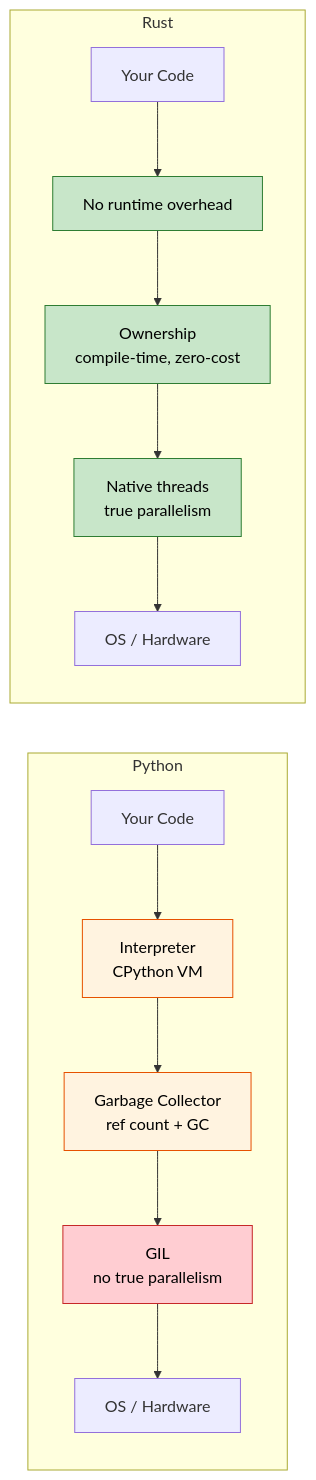
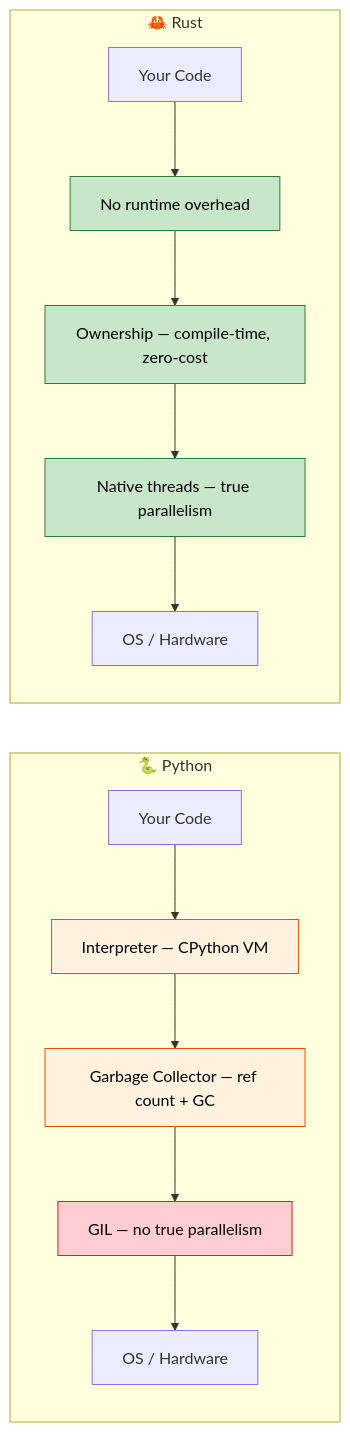
The diagram in python-book/src/en/ch01-introduction-and-motivation.md (veegn/rust-training-zh), drawn with Mermaid before and after one commit. The commit also changed other lines of this file and 354 other files, not shown here.

````diff
--- a/python-book/src/en/ch01-introduction-and-motivation.md
+++ b/python-book/src/en/ch01-introduction-and-motivation.md
@@ -387,25 +397,25 @@
 ```mermaid
 graph LR
-    subgraph PY["Python"]
+    subgraph PY["🐍 Python"]
         direction TB
-        PY_CODE["Your Code"] --> PY_INTERP["Interpreter<br/>CPython VM"]
-        PY_INTERP --> PY_GC["Garbage Collector<br/>ref count + GC"]
-        PY_GC --> PY_GIL["GIL<br/>no true parallelism"]
+        PY_CODE["Your Code"] --> PY_INTERP["Interpreter — CPython VM"]
+        PY_INTERP --> PY_GC["Garbage Collector — ref count + GC"]
+        PY_GC --> PY_GIL["GIL — no true parallelism"]
         PY_GIL --> PY_OS["OS / Hardware"]
     end
 
-    subgraph RS["Rust"]
+    subgraph RS["🦀 Rust"]
         direction TB
         RS_CODE["Your Code"] --> RS_NONE["No runtime overhead"]
-        RS_NONE --> RS_OWN["Ownership<br/>compile-time, zero-cost"]
-        RS_OWN --> RS_THR["Native threads<br/>true parallelism"]
+        RS_NONE --> RS_OWN["Ownership — compile-time, zero-cost"]
+        RS_OWN --> RS_THR["Native threads — true parallelism"]
         RS_THR --> RS_OS["OS / Hardware"]
     end
 
     style PY_INTERP fill:#fff3e0,color:#000,stroke:#e65100
     style PY_GC fill:#fff3e0,color:#000,stroke:#e65100
     style PY_GIL fill:#ffcdd2,color:#000,stroke:#c62828
     style RS_NONE fill:#c8e6c9,color:#000,stroke:#2e7d32
     style RS_OWN fill:#c8e6c9,color:#000,stroke:#2e7d32
     style RS_THR fill:#c8e6c9,color:#000,stroke:#2e7d32
 ```
````
